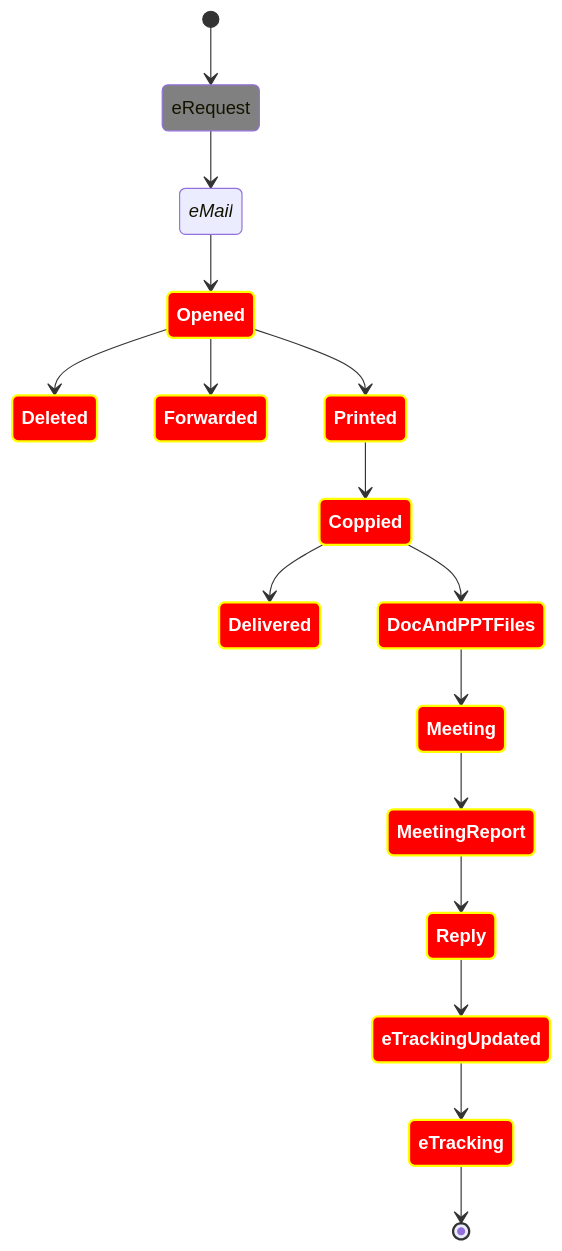
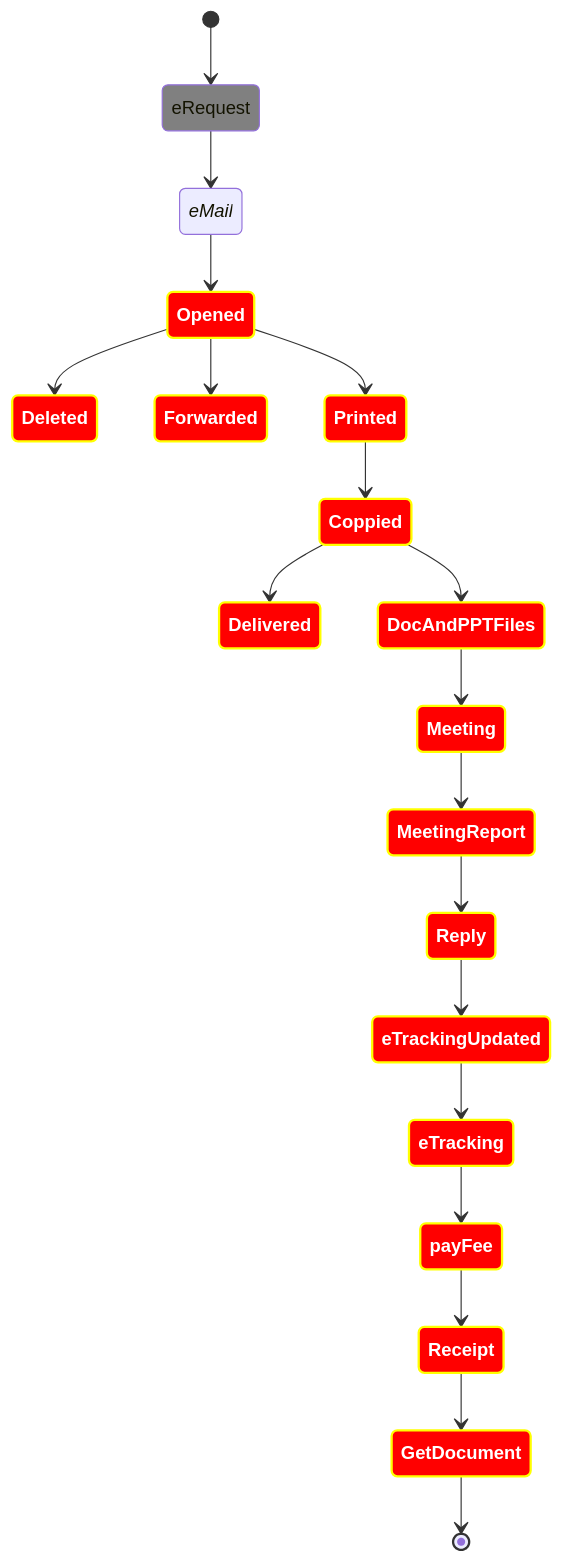
The seventh of 7 diagrams in README.md (Kietpawpan/pdpa), drawn with Mermaid before and after one commit.

````diff
--- a/README.md
+++ b/README.md
@@ -141,27 +141,30 @@
 ```mermaid
 stateDiagram
    direction TB
 
    accTitle: e-Tracking Risk
    accDescr: This is an accessible description
 
    classDef notMoving fill:grey
    classDef movement font-style:italic;
    classDef badBadEvent fill:#f00,color:white,font-weight:bold,stroke-width:2px,stroke:yellow
 
    [*] --> eRequest:::notMoving
    eRequest--> eMail:::movement
    eMail --> Opened:::badBadEvent
 	Opened:::badBadEvent-->Deleted:::badBadEvent
 Opened:::badBadEvent-->Forwarded:::badBadEvent
    Opened:::badBadEvent --> Printed:::badBadEvent
 Printed:::badBadEvent-->Coppied:::badBadEvent
 Coppied:::badBadEvent-->Delivered:::badBadEvent
 Coppied:::badBadEvent-->DocAndPPTFiles:::badBadEvent
 DocAndPPTFiles:::badBadEvent-->Meeting:::badBadEvent
 Meeting:::badBadEvent-->MeetingReport:::badBadEvent
 MeetingReport:::badBadEvent-->Reply:::badBadEvent
 Reply:::badBadEvent-->eTrackingUpdated:::badBadEvent
 eTrackingUpdated:::badBadEvent-->eTracking:::badBadEvent
-eTracking:::badBadEvent-->[*]
+eTracking:::badBadEvent-->payFee:::badBadEvent
+payFee:::badBadEvent-->Receipt:::badBadEvent
+Receipt:::badBadEvent-->GetDocument:::badBadEvent
+GetDocument:::badBadEvent-->[*]
 ```
````
